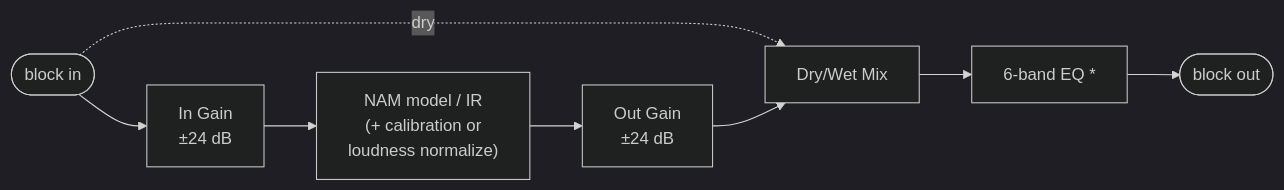
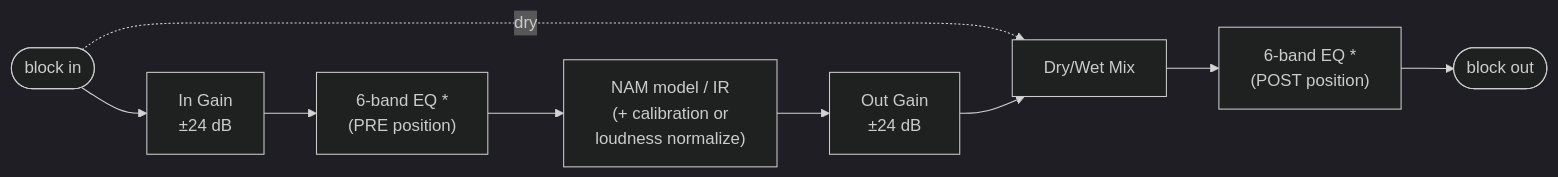
One commit to tone-3000/tone3000-plugin changed the second of 2 diagrams in README.md. Above: the diagram before and after it, drawn with Mermaid (dark theme). The commit also changed other lines of this file and 21 other files, not shown here.

````diff
--- a/README.md
+++ b/README.md
@@ -221,10 +220,11 @@
 ```mermaid
 flowchart LR
     BIN([block in]) --> BIG["In Gain<br/>±24 dB"]
     BIN -. dry .-> MIX
-    BIG --> MODEL["NAM model / IR<br/>(+ calibration or<br/>loudness normalize)"]
+    BIG --> PEQ["6-band EQ&nbsp;*<br/>(PRE position)"]
+    PEQ --> MODEL["NAM model / IR<br/>(+ calibration or<br/>loudness normalize)"]
     MODEL --> BOG["Out Gain<br/>±24 dB"]
     BOG --> MIX["Dry/Wet Mix"]
-    MIX --> BEQ["6-band EQ&nbsp;*"]
+    MIX --> BEQ["6-band EQ&nbsp;*<br/>(POST position)"]
     BEQ --> BOUT([block out])
 ```
````
